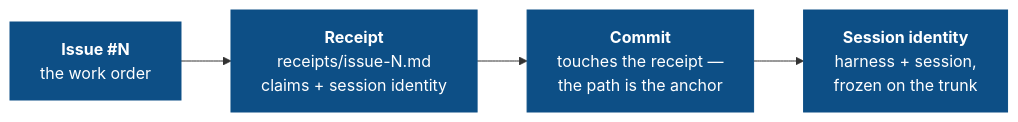
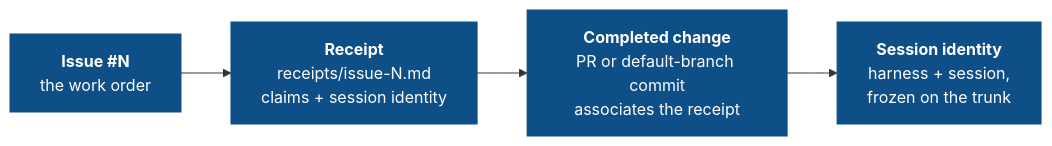
The diagram in docs/concepts/audit-chain.mdx (Duaility/governance-kit), drawn with Mermaid before and after one commit. The commit also changed other lines of this file and 58 other files, not shown here.

````diff
--- a/docs/concepts/audit-chain.mdx
+++ b/docs/concepts/audit-chain.mdx
@@ -12,12 +12,12 @@
 ```mermaid
 flowchart LR
     I["<b>Issue #N</b><br/>the work order"]
     R["<b>Receipt</b><br/>receipts/issue-N.md<br/>claims + session identity"]
-    C["<b>Commit</b><br/>touches the receipt —<br/>the path is the anchor"]
+    C["<b>Completed change</b><br/>PR or default-branch commit<br/>associates the receipt"]
     S["<b>Session identity</b><br/>harness + session,<br/>frozen on the trunk"]
 
     I --> R --> C --> S
 
     classDef chain fill:#0d4f86,stroke:#0d4f86,color:#ffffff
     class I,R,C,S chain
 ```
````
